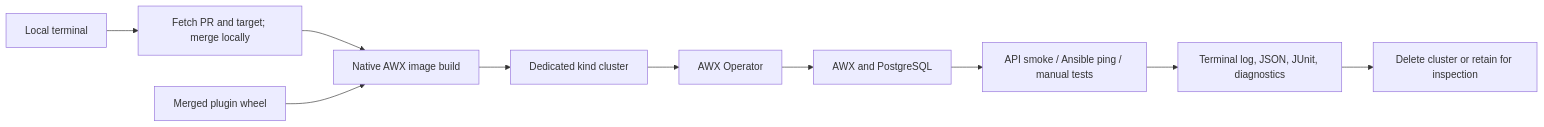
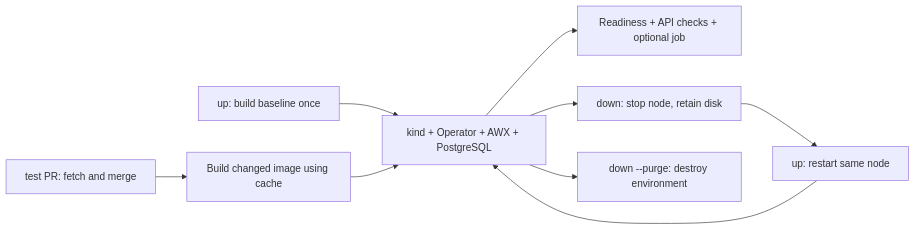
One commit to eco-ansible-content/awx-lab changed the diagram in docs/design.md. Above: the diagram before and after it, drawn with Mermaid. The commit also changed other lines of this file and 24 other files, not shown here.

First line of the commit message:
feat!: add reusable AWX labs with retention and log modes

````diff
--- a/docs/design.md
+++ b/docs/design.md
@@ -5,12 +5,11 @@
 ```mermaid
 flowchart LR
-  CLI[Local terminal] --> PR[Fetch PR and target; merge locally]
-  PR --> Build[Native AWX image build]
-  Plugins[Merged plugin wheel] --> Build
-  Build --> Kind[Dedicated kind cluster]
-  Kind --> Operator[AWX Operator]
-  Operator --> AWX[AWX and PostgreSQL]
-  AWX --> Tests[API smoke / Ansible ping / manual tests]
-  Tests --> Results[Terminal log, JSON, JUnit, diagnostics]
-  Results --> Cleanup[Delete cluster or retain for inspection]
+  Up[up: build baseline once] --> Env[kind + Operator + AWX + PostgreSQL]
+  PR[test PR: fetch and merge] --> Build[Build changed image using cache]
+  Build --> Env
+  Env --> Checks[Readiness + API checks + optional job]
+  Env --> Stop[down: stop node, retain disk]
+  Stop --> Resume[up: restart same node]
+  Resume --> Env
+  Env --> Purge[down --purge: destroy environment]
 ```
````
